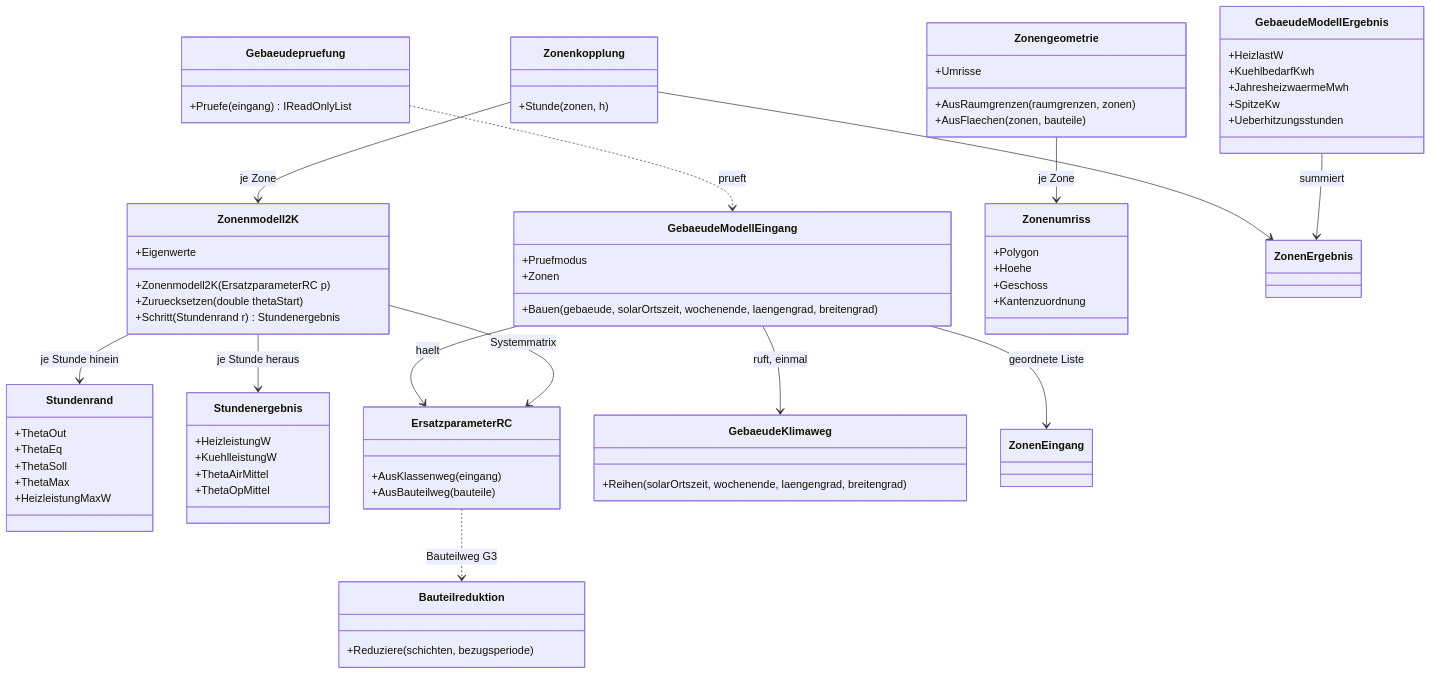
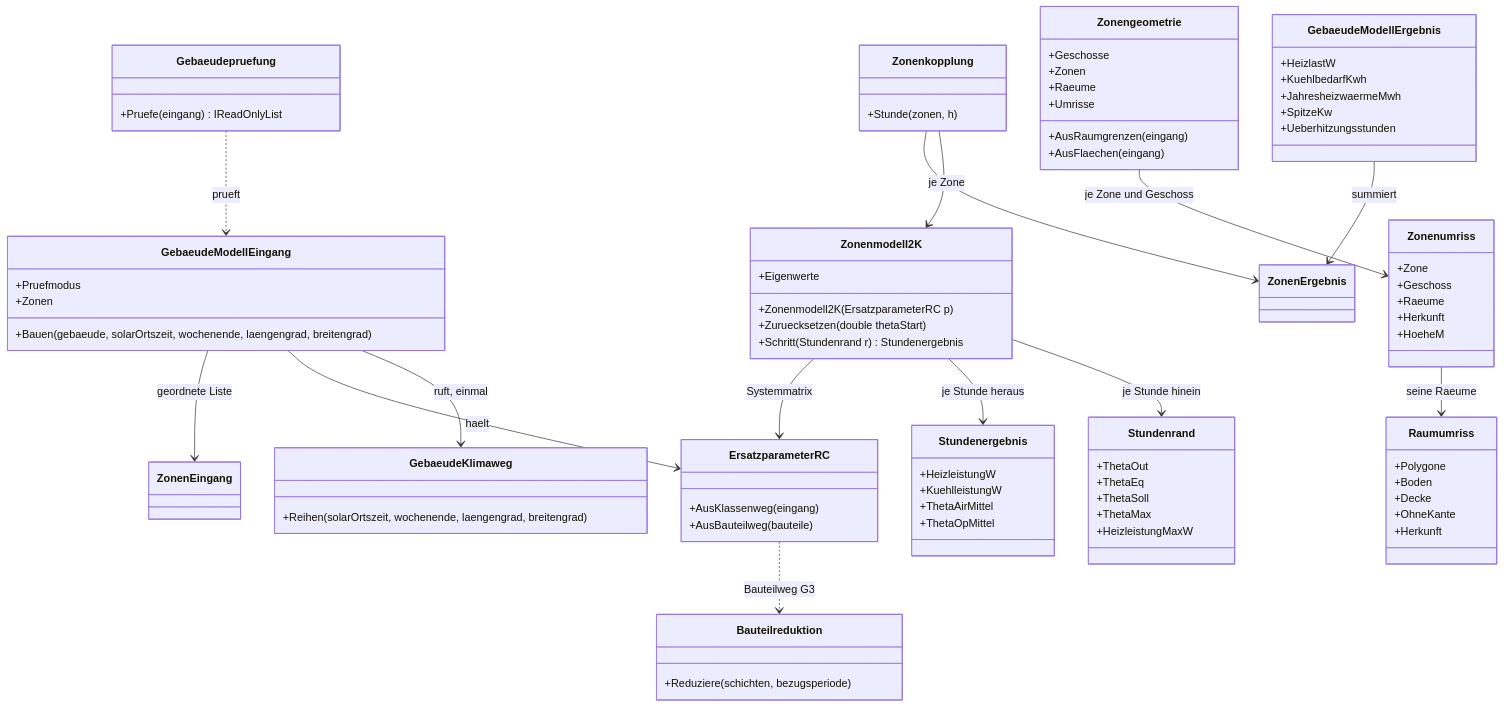
One commit to inekon/EPOS-Plan changed the second of 16 diagrams in Dokumentation/aktuell/Softwarearchitektur_Gebaeudesimulation_EPOS-Plan.md. Above: the diagram before and after it, drawn with Mermaid. The commit also changed other lines of this file and 9 other files, not shown here.

````diff
--- a/Dokumentation/aktuell/Softwarearchitektur_Gebaeudesimulation_EPOS-Plan.md
+++ b/Dokumentation/aktuell/Softwarearchitektur_Gebaeudesimulation_EPOS-Plan.md
@@ -422,15 +423,26 @@
     +Zonen
   }
   class Zonengeometrie {
-    +AusRaumgrenzen(raumgrenzen, zonen)
-    +AusFlaechen(zonen, bauteile)
+    +AusRaumgrenzen(eingang)
+    +AusFlaechen(eingang)
+    +Geschosse
+    +Zonen
+    +Raeume
     +Umrisse
   }
   class Zonenumriss {
-    +Polygon
-    +Hoehe
+    +Zone
     +Geschoss
-    +Kantenzuordnung
+    +Raeume
+    +Herkunft
+    +HoeheM
+  }
+  class Raumumriss {
+    +Polygone
+    +Boden
+    +Decke
+    +OhneKante
+    +Herkunft
   }
   class GebaeudeModellErgebnis {
     +HeizlastW
@@ -459,5 +471,6 @@
   Zonenkopplung --> ZonenErgebnis
   GebaeudeModellErgebnis --> ZonenErgebnis : summiert
   Gebaeudepruefung ..> GebaeudeModellEingang : prueft
-  Zonengeometrie --> Zonenumriss : je Zone
+  Zonengeometrie --> Zonenumriss : je Zone und Geschoss
+  Zonenumriss --> Raumumriss : seine Raeume
 ```
````
